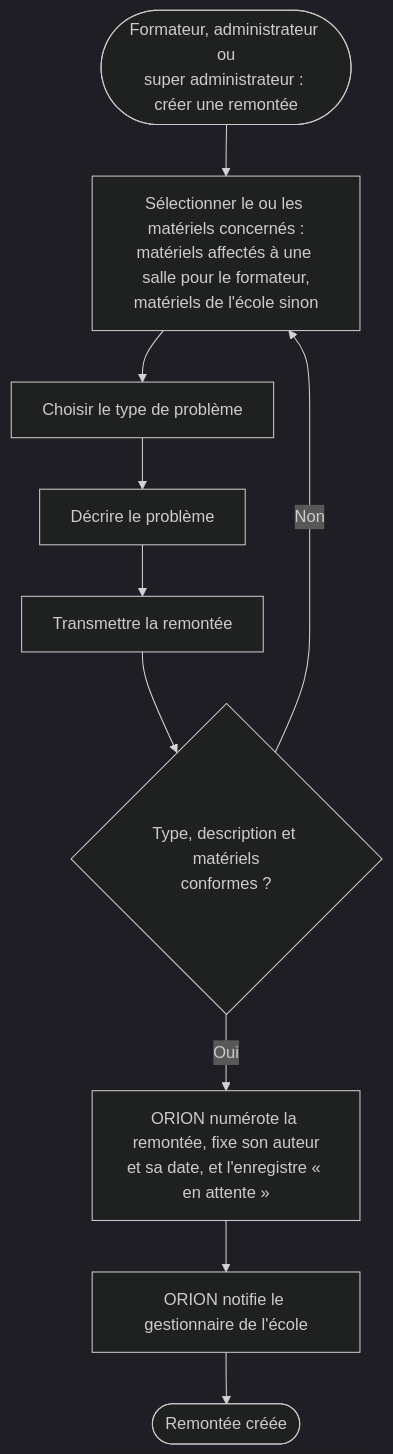
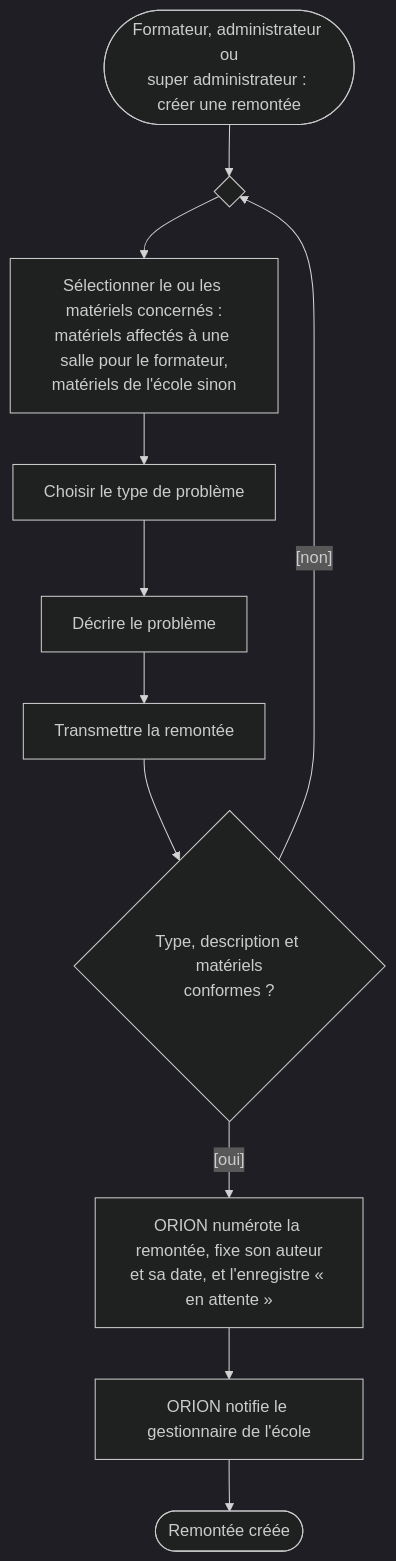
The second of 10 diagrams in docs/02-ANALYSE/01-MODELISATION-METIER/02-DIAGRAMMES-ACTIVITE.md (bpierrelouis/aster), drawn with Mermaid (dark theme) before and after one commit. The commit also changed other lines of this file and 34 other files, not shown here.

First line of the commit message:
docs(diagrammes): aligner les diagrammes UML sur le code et les remettre en page

````diff
--- a/docs/02-ANALYSE/01-MODELISATION-METIER/02-DIAGRAMMES-ACTIVITE.md
+++ b/docs/02-ANALYSE/01-MODELISATION-METIER/02-DIAGRAMMES-ACTIVITE.md
@@ -50,12 +52,13 @@
 ```mermaid
 flowchart TD
-    debut(["Formateur, administrateur ou<br/>super administrateur : créer une remontée"]) --> materiels["Sélectionner le ou les matériels concernés :<br/>matériels affectés à une salle pour le formateur,<br/>matériels de l'école sinon"]
+    debut(["Formateur, administrateur ou<br/>super administrateur : créer une remontée"]) --> fusion{" "}
+    fusion --> materiels["Sélectionner le ou les matériels concernés :<br/>matériels affectés à une salle pour le formateur,<br/>matériels de l'école sinon"]
     materiels --> type["Choisir le type de problème"]
     type --> description["Décrire le problème"]
     description --> transmettre["Transmettre la remontée"]
     transmettre --> controle{"Type, description et matériels<br/>conformes ?"}
-    controle -->|"Non"| materiels
-    controle -->|"Oui"| enregistrer["ORION numérote la remontée, fixe son auteur<br/>et sa date, et l'enregistre « en attente »"]
+    controle -->|"[non]"| fusion
+    controle -->|"[oui]"| enregistrer["ORION numérote la remontée, fixe son auteur<br/>et sa date, et l'enregistre « en attente »"]
     enregistrer --> notifier["ORION notifie le gestionnaire de l'école"]
     notifier --> fin(["Remontée créée"])
 ```
````
